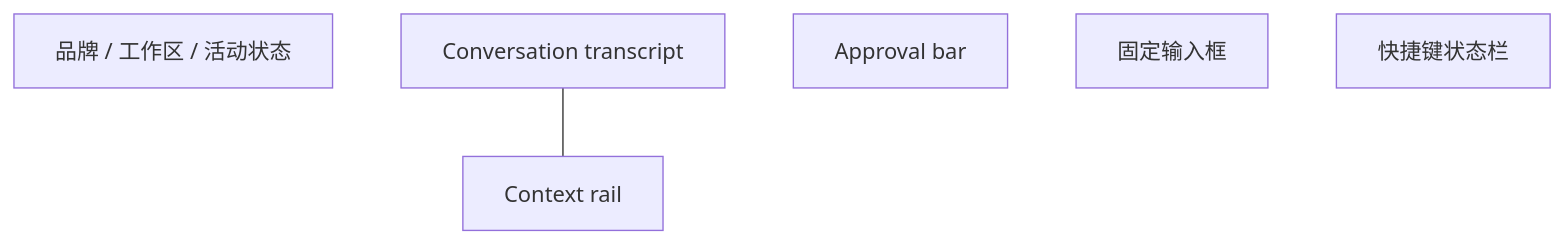
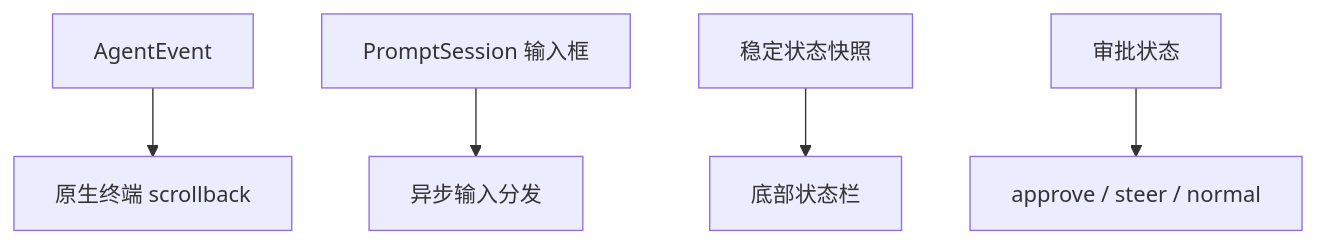
One commit to universero/InnoAgent changed the second of 2 diagrams in assert/knowledge/06-events-and-tui.md. Above: the diagram before and after it, drawn with Mermaid. The commit also changed other lines of this file and 8 other files, not shown here.

````diff
--- a/assert/knowledge/06-events-and-tui.md
+++ b/assert/knowledge/06-events-and-tui.md
@@ -127,8 +127,7 @@
 ```mermaid
 flowchart TB
-    Header[品牌 / 工作区 / 活动状态]
-    Body[Conversation transcript] --- Rail[Context rail]
-    Approval[Approval bar]
-    Input[固定输入框]
-    Status[快捷键状态栏]
+    Events[AgentEvent] --> Scrollback[原生终端 scrollback]
+    Input[PromptSession 输入框] --> Dispatch[异步输入分发]
+    Snapshot[稳定状态快照] --> Toolbar[底部状态栏]
+    Approval[审批状态] --> InputMode[approve / steer / normal]
 ```
````
